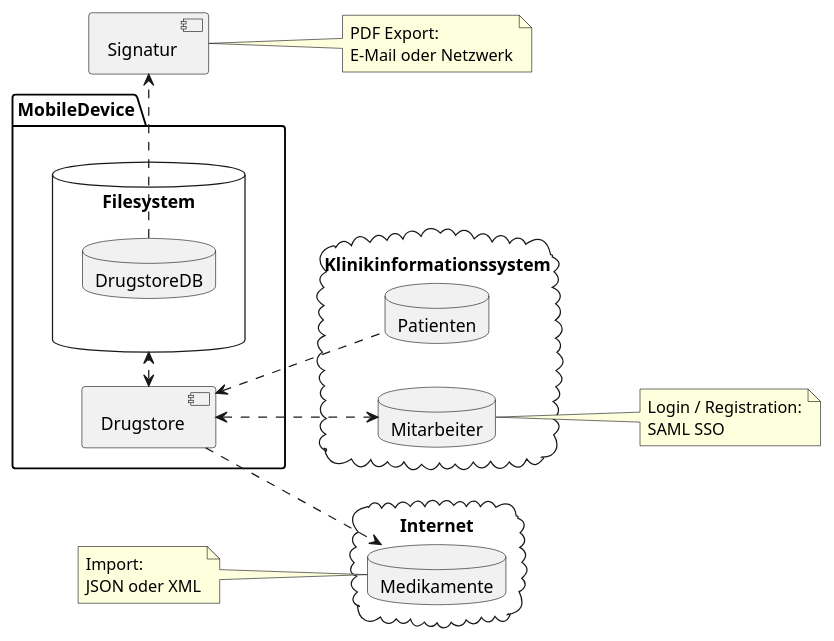
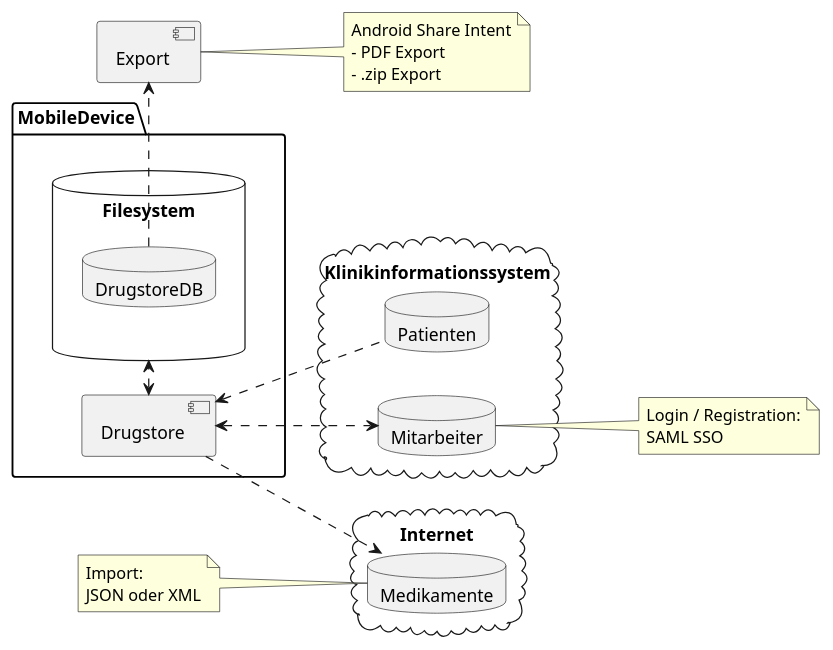
One commit to lucahost/drugstore changed the diagram in docs/interfaces/00_interfaces.plantuml. Above: the diagram before and after it, drawn with PlantUML. The commit also changed 11 other files, not shown here.

Commit message:
Rework Interface, UseCase and Data-Model Diagrams

```diff
--- a/docs/interfaces/00_interfaces.plantuml
+++ b/docs/interfaces/00_interfaces.plantuml
@@ -1,43 +1,44 @@
 @startuml Schnittstellen
 
 top to bottom direction
 
 package MobileDevice {
     component Drugstore
     database Filesystem {
         database DrugstoreDB
     }
 }
 cloud Klinikinformationssystem {
     database Patienten
     database Mitarbeiter
 }
 cloud Internet {
     database Medikamente
 }
-component Signatur
+component Export
 
 Drugstore <..> Mitarbeiter
 Drugstore <.. Patienten 
 Drugstore ..> Medikamente
 Drugstore <.> Filesystem
-DrugstoreDB .> Signatur
+DrugstoreDB .> Export
 
 left to right direction
 
-note right of Signatur 
-    PDF Export:
-    E-Mail oder Netzwerk
+note right of Export
+    Android Share Intent
+    - PDF Export
+    - .zip Export    
 end note
 
 note right of Mitarbeiter
     Login / Registration:
     SAML SSO
 end note
 
 note left of Medikamente
     Import:
     JSON oder XML
 end note
 
 @enduml
```
